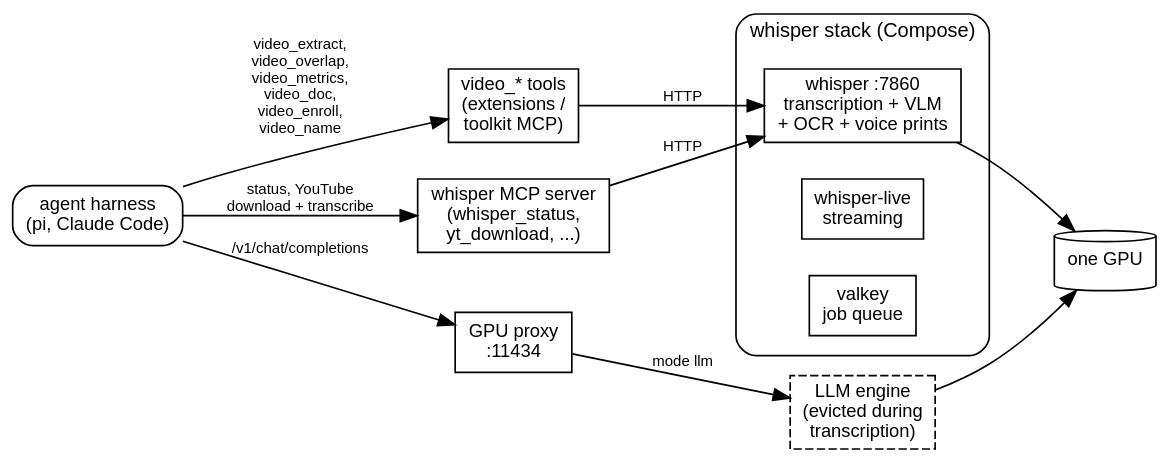
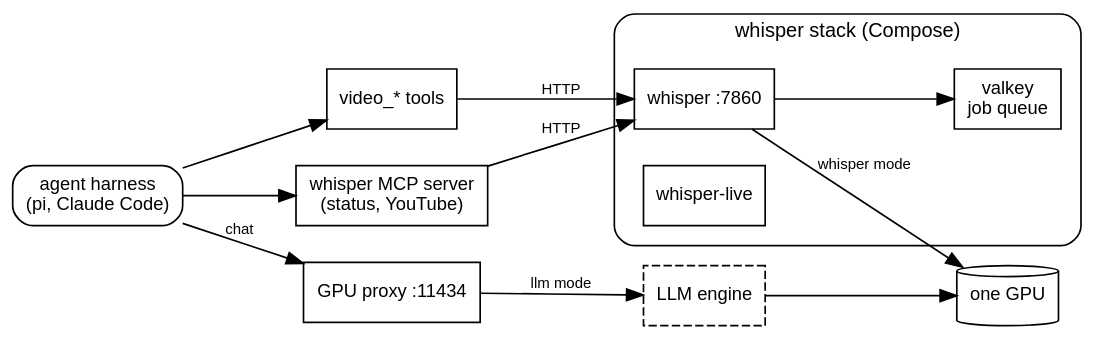
Before and after one commit to erfianugrah/lexicanum: the first of 3 diagrams in src/content/docs/reference/self-hosted-transcription-for-agents.mdx, drawn with Graphviz. The commit also changed other lines of this file and 14 other files, not shown here.

First line of the commit message:
docs(harnesses): presentation, diagram and prose pass over the pi harness series (lexicanum#57)

````diff
--- a/src/content/docs/reference/self-hosted-transcription-for-agents.mdx
+++ b/src/content/docs/reference/self-hosted-transcription-for-agents.mdx
@@ -29,31 +29,32 @@
 ```dot
 digraph {
   rankdir=LR; bgcolor="transparent"; nodesep=0.3; ranksep=0.7;
   fontname="Helvetica,Arial,sans-serif";
   node [fontname="Helvetica,Arial,sans-serif", fontsize=11, shape=box];
   edge [fontname="Helvetica,Arial,sans-serif", fontsize=9];
 
-  agent [label="agent harness\n(pi, Claude Code)", shape=box, style=rounded];
-  tools [label="video_* tools\n(extensions /\ntoolkit MCP)"];
-  mcp [label="whisper MCP server\n(whisper_status,\nyt_download, ...)"];
-  proxy [label="GPU proxy\n:11434"];
-  llama [label="LLM engine\n(evicted during\ntranscription)", style=dashed];
+  agent [label="agent harness\n(pi, Claude Code)", style=rounded];
+  tools [label="video_* tools"];
+  mcp [label="whisper MCP server\n(status, YouTube)"];
+  proxy [label="GPU proxy :11434"];
+  llm [label="LLM engine", style=dashed];
   gpu [label="one GPU", shape=cylinder];
 
   subgraph cluster_whisper {
     label="whisper stack (Compose)"; style=rounded; fontsize=12; margin=12;
-    wh [label="whisper :7860\ntranscription + VLM\n+ OCR + voice prints"];
-    live [label="whisper-live\nstreaming"];
+    wh [label="whisper :7860"];
+    live [label="whisper-live"];
     valkey [label="valkey\njob queue"];
   }
 
-  agent -> tools [label="video_extract,\nvideo_overlap,\nvideo_metrics,\nvideo_doc,\nvideo_enroll,\nvideo_name"];
-  agent -> proxy [label="/v1/chat/completions"];
+  agent -> tools;
+  agent -> mcp;
+  agent -> proxy [label="chat"];
   tools -> wh [label="HTTP"];
-  agent -> mcp [label="status, YouTube\ndownload + transcribe"];
   mcp -> wh [label="HTTP"];
-  proxy -> llama [label="mode llm"];
-  llama -> gpu;
-  wh -> gpu;
+  wh -> valkey;
+  proxy -> llm [label="llm mode"];
+  llm -> gpu;
+  wh -> gpu [label="whisper mode"];
 }
 ```
````
